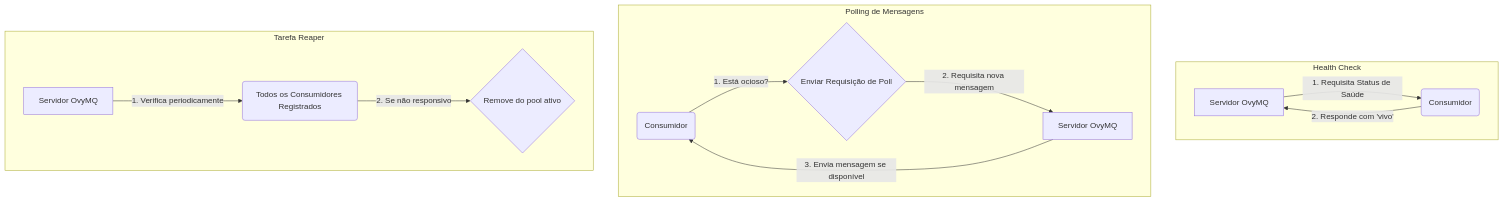
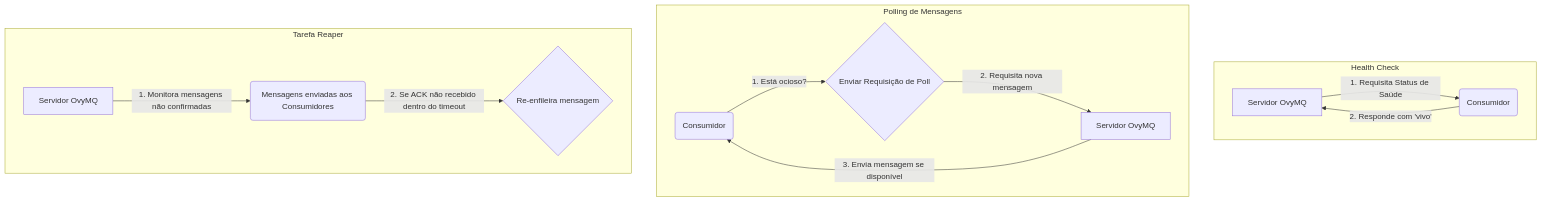
The sixth of 6 diagrams in README.md (jotabrc/ovy_mq), drawn with Mermaid before and after one commit. The commit also changed other lines of this file and 1 other file, not shown here.

````diff
--- a/README.md
+++ b/README.md
@@ -351,18 +353,18 @@
 ```mermaid
 graph TD
     subgraph Health Check
         A[Servidor OvyMQ] -- 1. Requisita Status de Saúde --> B(Consumidor);
         B -- 2. Responde com 'vivo' --> A;
     end
 
     subgraph Polling de Mensagens
         C(Consumidor) -- 1. Está ocioso? --> D{Enviar Requisição de Poll};
         D -- 2. Requisita nova mensagem --> E[Servidor OvyMQ];
         E -- 3. Envia mensagem se disponível --> C;
     end
 
     subgraph Tarefa Reaper
-        F[Servidor OvyMQ] -- 1. Verifica periodicamente --> G(Todos os Consumidores Registrados);
-        G -- 2. Se não responsivo --> H{Remove do pool ativo};
+        F[Servidor OvyMQ] -- 1. Monitora mensagens não confirmadas --> G(Mensagens enviadas aos Consumidores);
+        G -- 2. Se ACK não recebido dentro do timeout --> H{Re-enfileira mensagem};
     end
 ```
````
